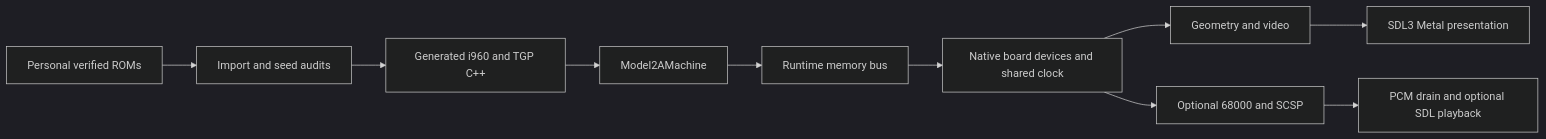
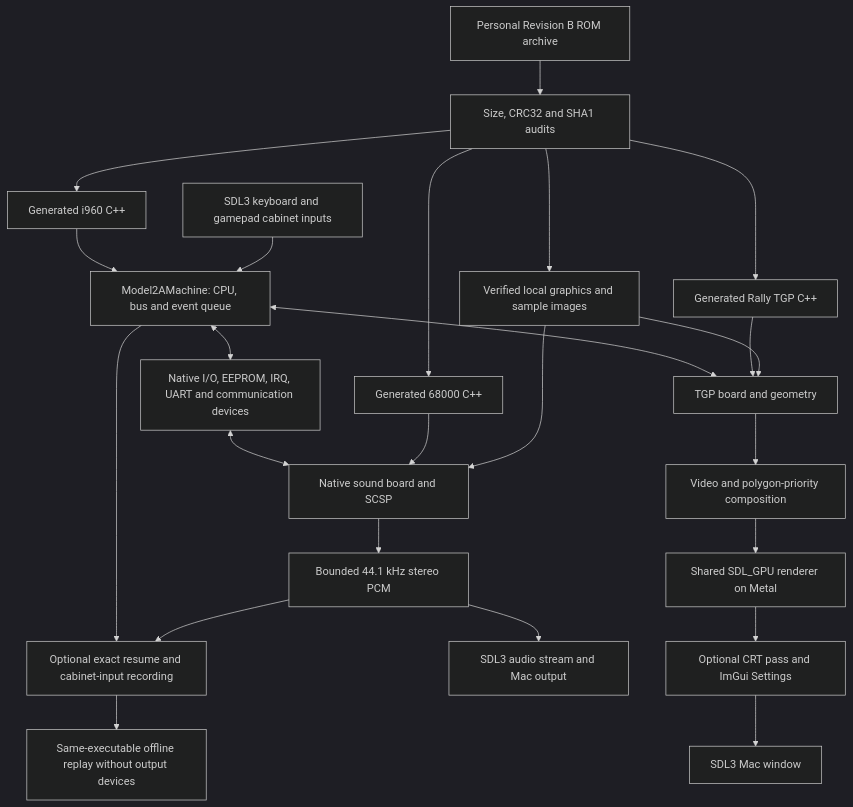
Before and after one commit to LaurentGarcia/sega-rally-recomp: the diagram in docs/segarally-architecture.md, drawn with Mermaid (dark theme). The commit also changed other lines of this file and 19 other files, not shown here.

````diff
--- a/docs/segarally-architecture.md
+++ b/docs/segarally-architecture.md
@@ -7,12 +7,26 @@
 ```mermaid
-flowchart LR
-    R[Personal verified ROMs] --> I[Import and seed audits]
-    I --> G[Generated i960 and TGP C++]
-    G --> M[Model2AMachine]
-    M --> B[Runtime memory bus]
-    B --> D[Native board devices and shared clock]
-    D --> V[Geometry and video]
-    V --> P[SDL3 Metal presentation]
-    D --> S[Optional 68000 and SCSP]
-    S --> A[PCM drain and optional SDL playback]
+flowchart TD
+    ROM[Personal Revision B ROM archive] --> AUDIT[Size, CRC32 and SHA1 audits]
+    AUDIT --> MAIN[Generated i960 C++]
+    AUDIT --> TGP[Generated Rally TGP C++]
+    AUDIT --> SND[Generated 68000 C++]
+    AUDIT --> DATA[Verified local graphics and sample images]
+    MAIN --> MACHINE[Model2AMachine: CPU, bus and event queue]
+    INPUT[SDL3 keyboard and gamepad cabinet inputs] --> MACHINE
+    MACHINE <--> BOARD[Native I/O, EEPROM, IRQ, UART and communication devices]
+    MACHINE <--> GEO[TGP board and geometry]
+    TGP --> GEO
+    DATA --> GEO
+    GEO --> VIDEO[Video and polygon-priority composition]
+    VIDEO --> GPU[Shared SDL_GPU renderer on Metal]
+    GPU --> UI[Optional CRT pass and ImGui Settings]
+    UI --> WINDOW[SDL3 Mac window]
+    BOARD <--> SOUND[Native sound board and SCSP]
+    SND --> SOUND
+    DATA --> SOUND
+    SOUND --> PCM[Bounded 44.1 kHz stereo PCM]
+    PCM --> AUDIO[SDL3 audio stream and Mac output]
+    MACHINE --> RECORD[Optional exact resume and cabinet-input recording]
+    PCM --> RECORD
+    RECORD --> REPLAY[Same-executable offline replay without output devices]
 ```
````
